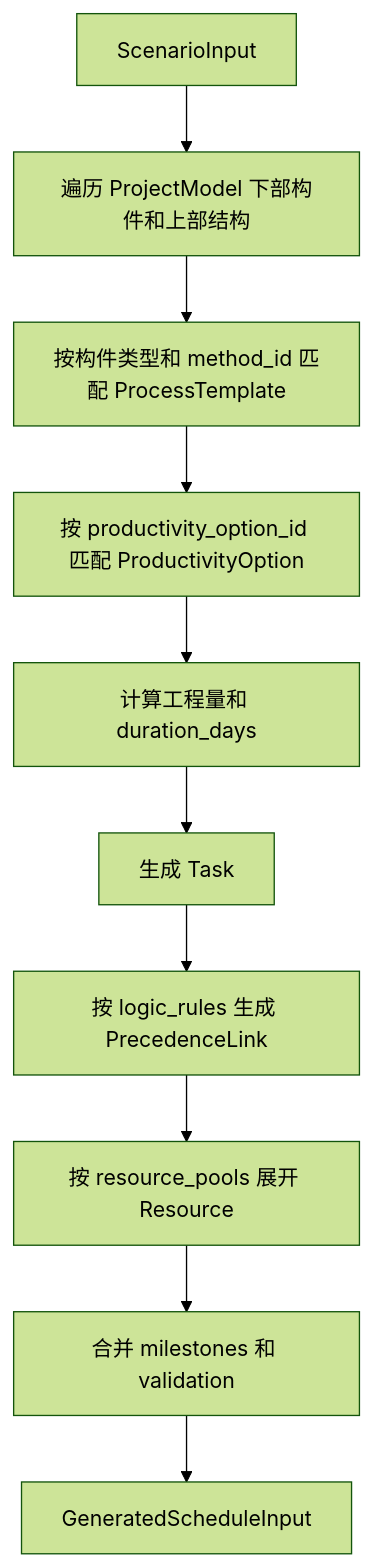
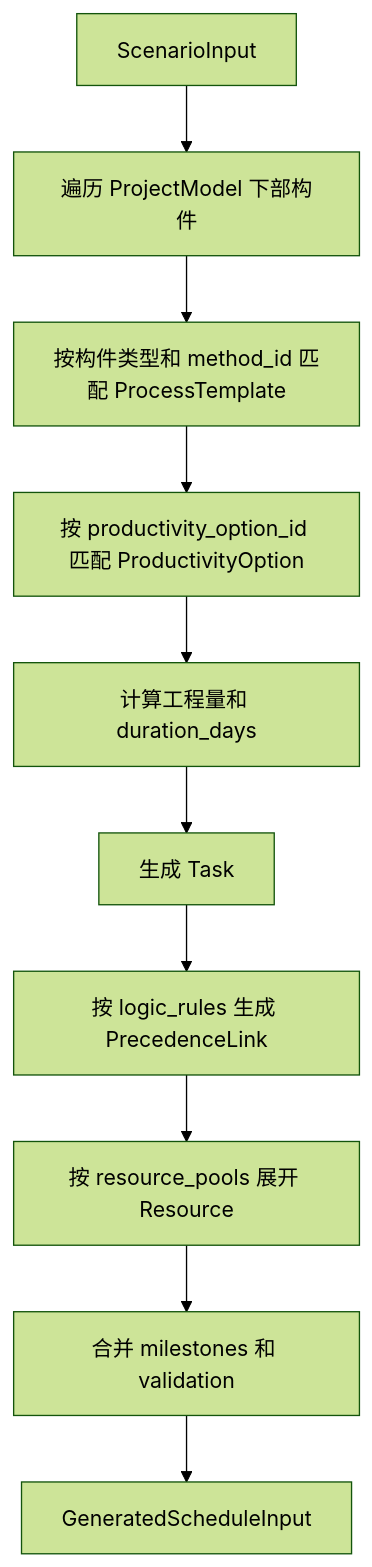
The fourth of 8 diagrams in docs/project-scheduling-system-overview.md (Lili-big/projectScheduling), drawn with Mermaid (forest theme) before and after one commit. The commit also changed other lines of this file and 5 other files, not shown here.

````diff
--- a/docs/project-scheduling-system-overview.md
+++ b/docs/project-scheduling-system-overview.md
@@ -214,12 +204,12 @@
 ```mermaid
 flowchart TD
-  A["ScenarioInput"] --> B["遍历 ProjectModel 下部构件和上部结构"]
+  A["ScenarioInput"] --> B["遍历 ProjectModel 下部构件"]
   B --> C["按构件类型和 method_id 匹配 ProcessTemplate"]
   C --> D["按 productivity_option_id 匹配 ProductivityOption"]
   D --> E["计算工程量和 duration_days"]
   E --> F["生成 Task"]
   F --> G["按 logic_rules 生成 PrecedenceLink"]
   G --> H["按 resource_pools 展开 Resource"]
   H --> I["合并 milestones 和 validation"]
   I --> J["GeneratedScheduleInput"]
 ```
````
